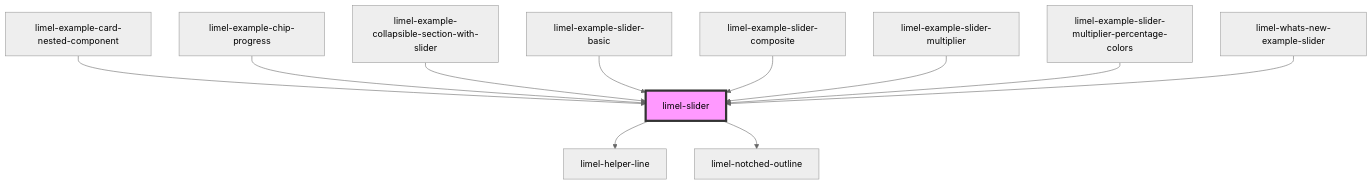
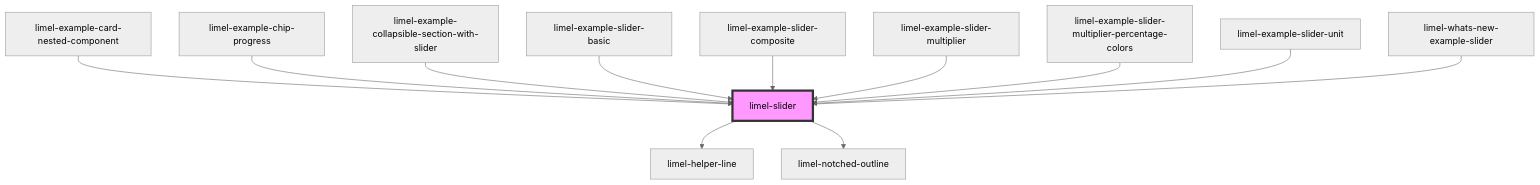
One commit to Lundalogik/lime-elements changed the diagram in versions/PR-4001/markdown-docs/components/slider/readme.md. Above: the diagram before and after it, drawn with Mermaid (neutral theme). The commit also changed other lines of this file and 121 other files, not shown here.

````diff
--- a/versions/PR-4001/markdown-docs/components/slider/readme.md
+++ b/versions/PR-4001/markdown-docs/components/slider/readme.md
@@ -50,14 +51,15 @@
 ```mermaid
 graph TD;
   limel-slider --> limel-helper-line
   limel-slider --> limel-notched-outline
   limel-example-card-nested-component --> limel-slider
   limel-example-chip-progress --> limel-slider
   limel-example-collapsible-section-with-slider --> limel-slider
   limel-example-slider-basic --> limel-slider
   limel-example-slider-composite --> limel-slider
   limel-example-slider-multiplier --> limel-slider
   limel-example-slider-multiplier-percentage-colors --> limel-slider
+  limel-example-slider-unit --> limel-slider
   limel-whats-new-example-slider --> limel-slider
   style limel-slider fill:#f9f,stroke:#333,stroke-width:4px
 ```
````
